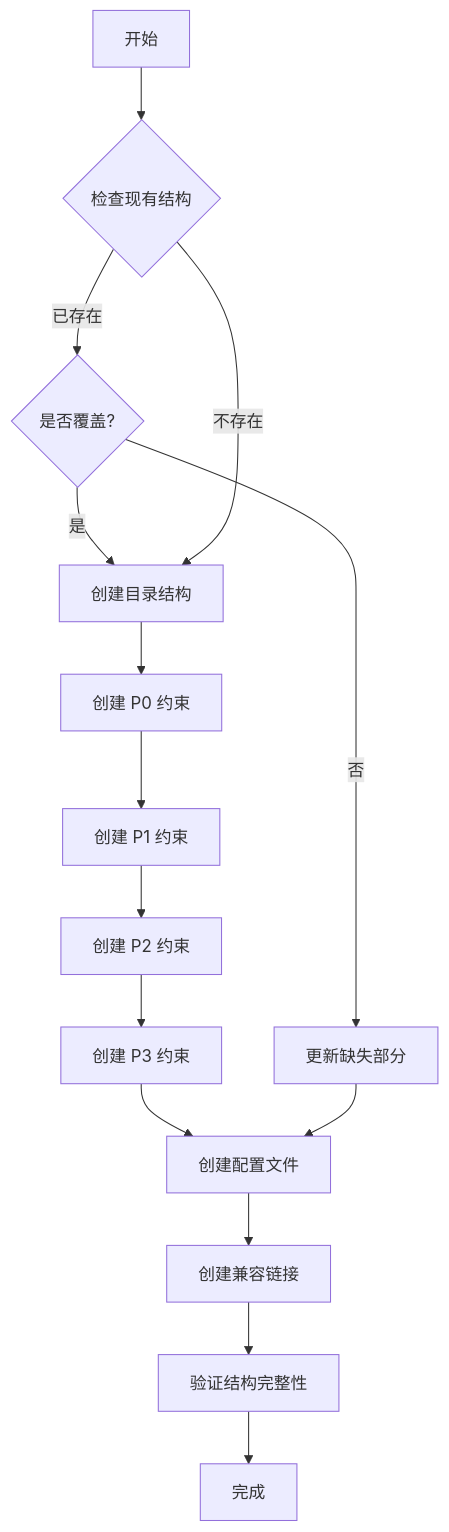
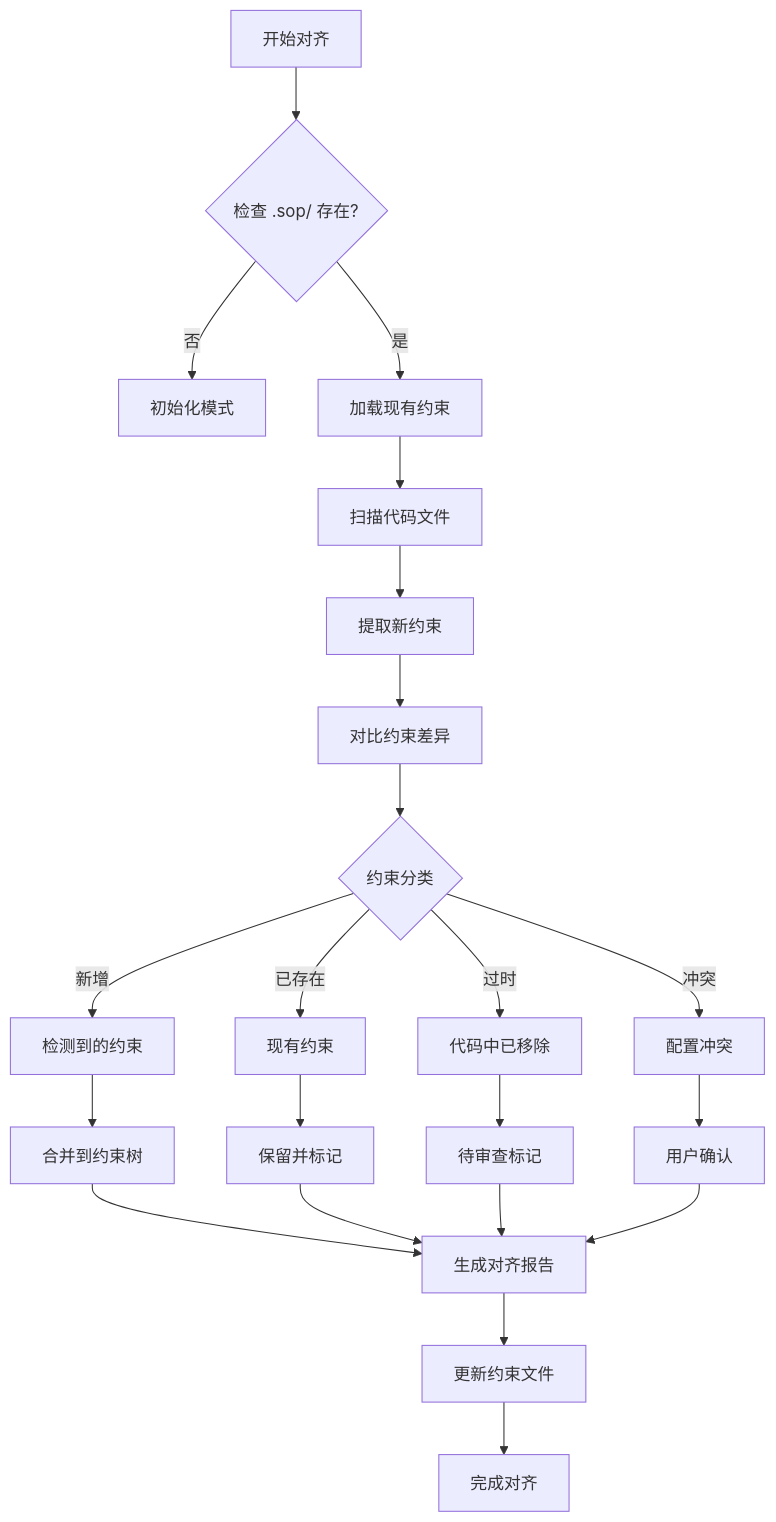
The second of 3 diagrams in plugins/mumu-sop/commands/init-spec-tree.md (luckyMUMU/mumu-sop), drawn with Mermaid before and after one commit. The commit also changed other lines of this file and 7 other files, not shown here.

````diff
--- a/plugins/mumu-sop/commands/init-spec-tree.md
+++ b/plugins/mumu-sop/commands/init-spec-tree.md
@@ -199,19 +250,29 @@
 ```mermaid
 flowchart TB
-    START[开始] --> CHECK{检查现有结构}
-    CHECK -->|已存在| ASK{是否覆盖?}
-    ASK -->|是| CREATE[创建目录结构]
-    ASK -->|否| UPDATE[更新缺失部分]
-    CHECK -->|不存在| CREATE
-
-    CREATE --> P0[创建 P0 约束]
-    P0 --> P1[创建 P1 约束]
-    P1 --> P2[创建 P2 约束]
-    P2 --> P3[创建 P3 约束]
-    P3 --> CONFIG[创建配置文件]
-    CONFIG --> LINK[创建兼容链接]
-
-    UPDATE --> CONFIG
-    LINK --> VERIFY[验证结构完整性]
-    VERIFY --> DONE[完成]
+    START[开始对齐] --> CHECK{检查 .sop/ 存在?}
+    CHECK -->|否| INIT[初始化模式]
+    CHECK -->|是| LOAD[加载现有约束]
+    
+    LOAD --> SCAN[扫描代码文件]
+    SCAN --> EXTRACT[提取新约束]
+    EXTRACT --> COMPARE[对比约束差异]
+    
+    COMPARE --> CLASSIFY{约束分类}
+    CLASSIFY -->|新增| NEW[检测到的约束]
+    CLASSIFY -->|已存在| EXISTING[现有约束]
+    CLASSIFY -->|过时| OBSOLETE[代码中已移除]
+    CLASSIFY -->|冲突| CONFLICT[配置冲突]
+    
+    NEW --> MERGE[合并到约束树]
+    EXISTING --> PRESERVE[保留并标记]
+    OBSOLETE --> REVIEW[待审查标记]
+    CONFLICT --> PROMPT[用户确认]
+    
+    MERGE --> GENERATE[生成对齐报告]
+    PRESERVE --> GENERATE
+    REVIEW --> GENERATE
+    PROMPT --> GENERATE
+    
+    GENERATE --> UPDATE[更新约束文件]
+    UPDATE --> DONE[完成对齐]
 ```
````
